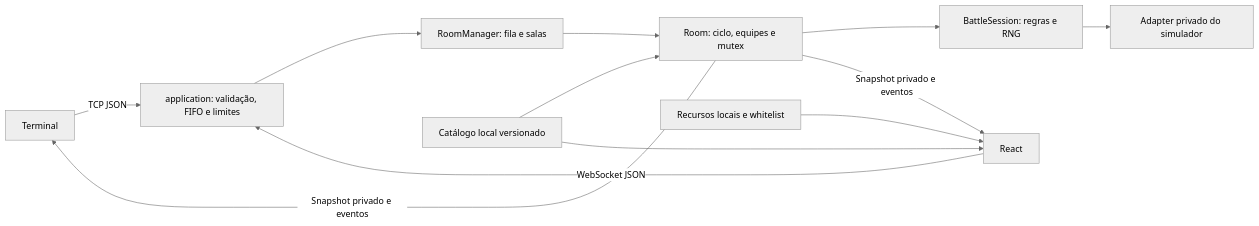
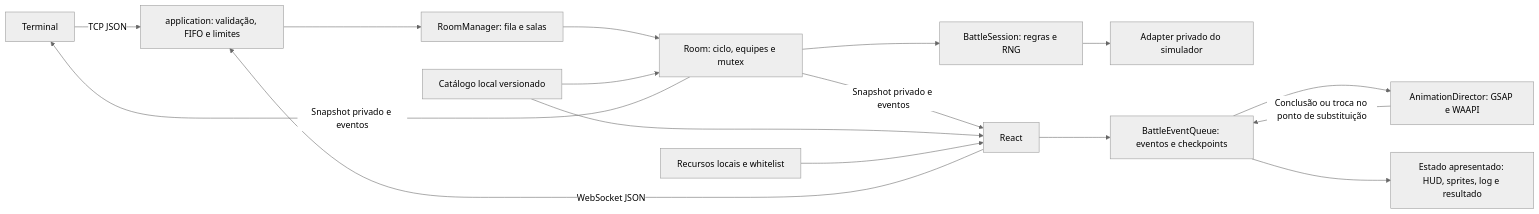
The diagram in docs/arquitetura.md (HenriqueGOP/BattleLink-Trabalho), drawn with Mermaid (neutral theme) before and after one commit. The commit also changed other lines of this file and 46 other files, not shown here.

````diff
--- a/docs/arquitetura.md
+++ b/docs/arquitetura.md
@@ -3,14 +3,18 @@
 ```mermaid
 flowchart LR
   CLI[Terminal] -->|TCP JSON| A[application: validação, FIFO e limites]
   UI[React] -->|WebSocket JSON| A
   A --> M[RoomManager: fila e salas]
   M --> R[Room: ciclo, equipes e mutex]
   R --> E[BattleSession: regras e RNG]
   E --> S[Adapter privado do simulador]
   R -->|Snapshot privado e eventos| UI
   R -->|Snapshot privado e eventos| CLI
   C[Catálogo local versionado] --> R
   C --> UI
   L[Recursos locais e whitelist] --> UI
+  UI --> Q[BattleEventQueue: eventos e checkpoints]
+  Q --> D[AnimationDirector: GSAP e WAAPI]
+  D -->|Conclusão ou troca no ponto de substituição| Q
+  Q --> V[Estado apresentado: HUD, sprites, log e resultado]
 ```
````
